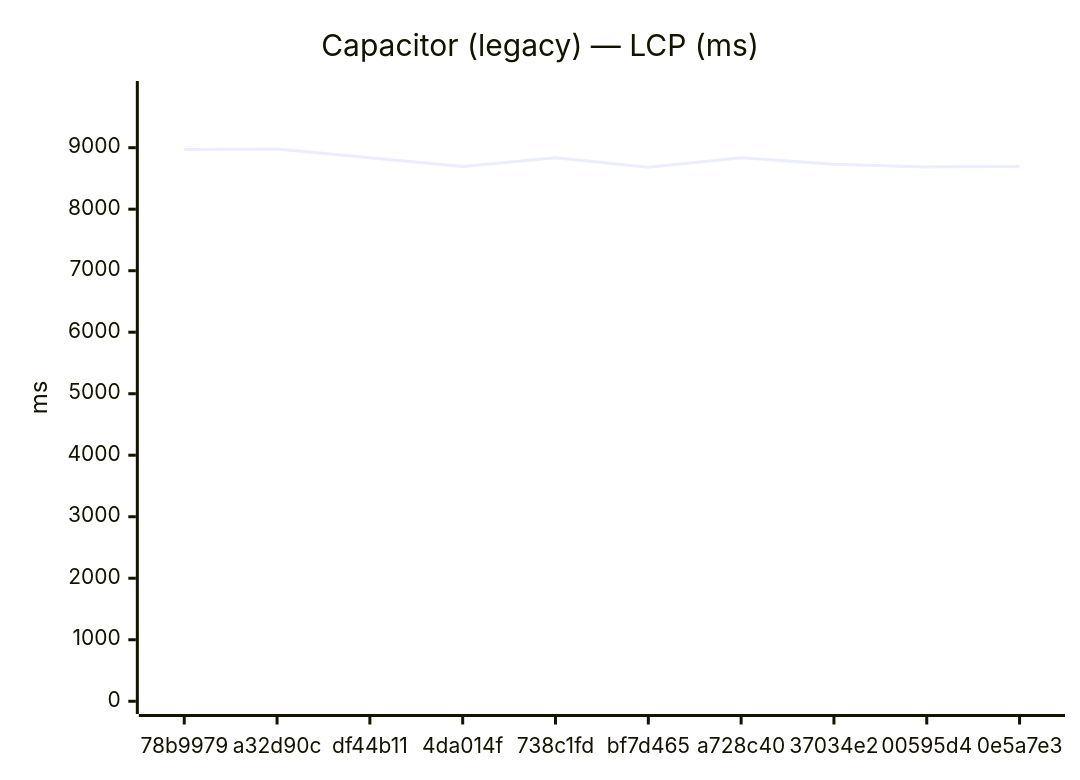
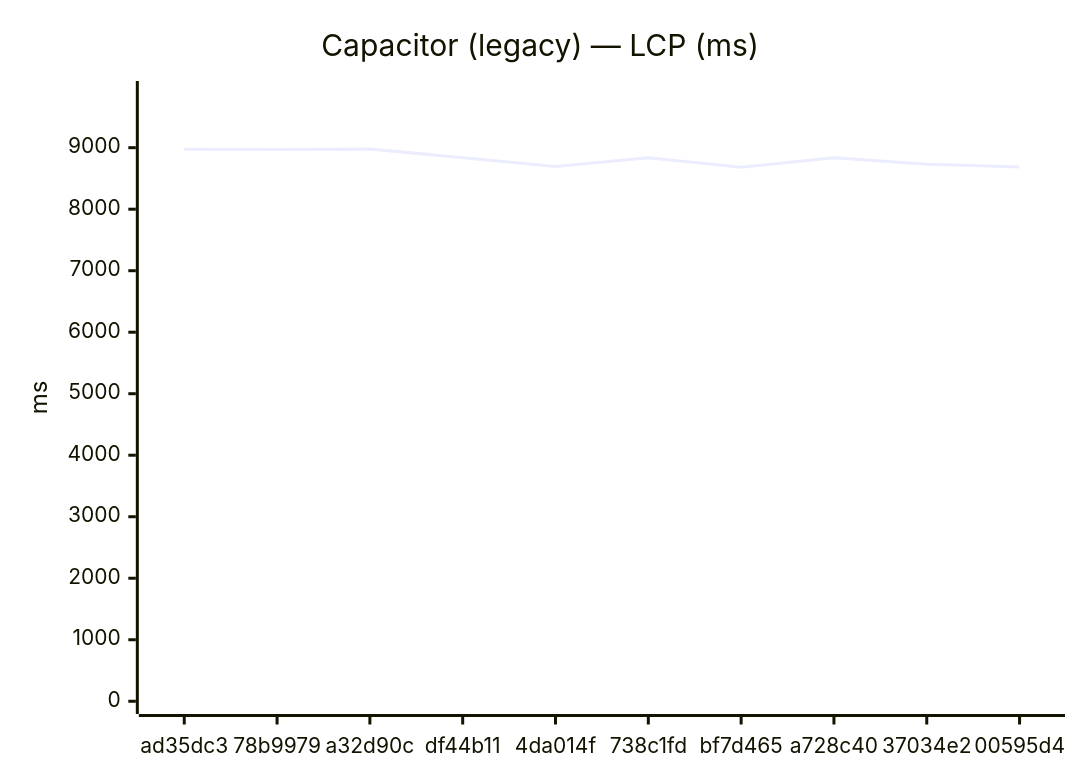
One commit to Metaheurist/Rianell changed the fifth of 24 diagrams in benchmarks/compare.md. Above: the diagram before and after it, drawn with Mermaid. The commit also changed other lines of this file and 12 other files, not shown here.

````diff
--- a/benchmarks/compare.md
+++ b/benchmarks/compare.md
@@ -84,7 +84,7 @@
 ```mermaid
 xychart-beta
     title "Capacitor (legacy) — LCP (ms)"
-    x-axis ["78b9979", "a32d90c", "df44b11", "4da014f", "738c1fd", "bf7d465", "a728c40", "37034e2", "00595d4", "0e5a7e3"]
+    x-axis ["ad35dc3", "78b9979", "a32d90c", "df44b11", "4da014f", "738c1fd", "bf7d465", "a728c40", "37034e2", "00595d4"]
     y-axis "ms" 0 --> 9877
-    line [8972, 8979, 8838, 8693, 8838, 8681, 8837, 8731, 8688, 8693]
+    line [8976, 8972, 8979, 8838, 8693, 8838, 8681, 8837, 8731, 8688]
 ```
````
